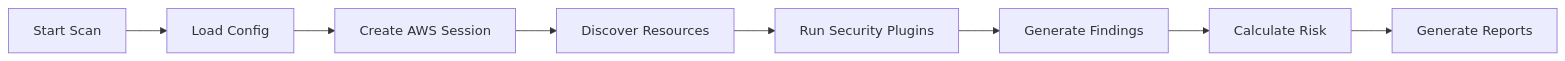
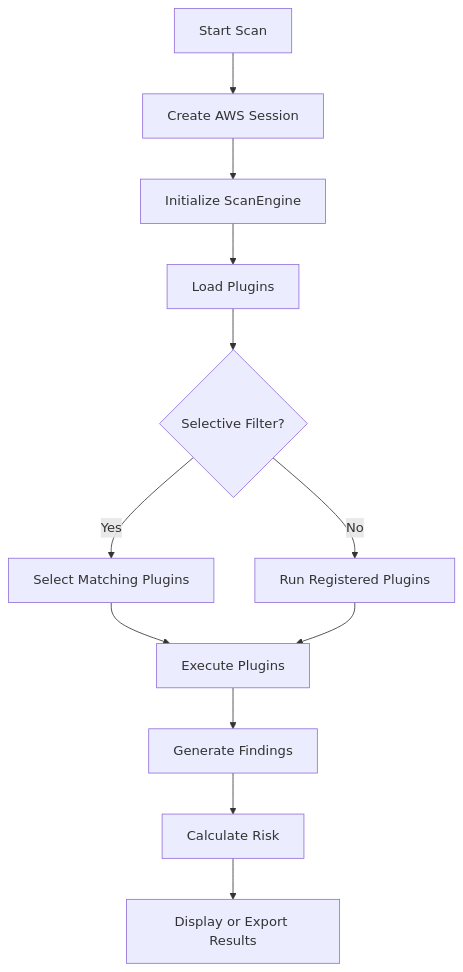
The third of 8 diagrams in README.md (MohsanRazaq/CloudGuard), drawn with Mermaid before and after one commit. The commit also changed other lines of this file, not shown here.

````diff
--- a/README.md
+++ b/README.md
@@ -256,10 +99,17 @@
 ```mermaid
-flowchart LR
-    A[Start Scan] --> B[Load Config]
-    B --> C[Create AWS Session]
-    C --> D[Discover Resources]
-    D --> E[Run Security Plugins]
-    E --> F[Generate Findings]
-    F --> G[Calculate Risk]
-    G --> H[Generate Reports]
+flowchart TD
+    A["Start Scan"] --> B["Create AWS Session"]
+    B --> C["Initialize ScanEngine"]
+    C --> D["Load Plugins"]
+    D --> E{"Selective Filter?"}
+
+    E -->|Yes| F["Select Matching Plugins"]
+    E -->|No| G["Run Registered Plugins"]
+
+    F --> H["Execute Plugins"]
+    G --> H
+
+    H --> I["Generate Findings"]
+    I --> J["Calculate Risk"]
+    J --> K["Display or Export Results"]
 ```
````
